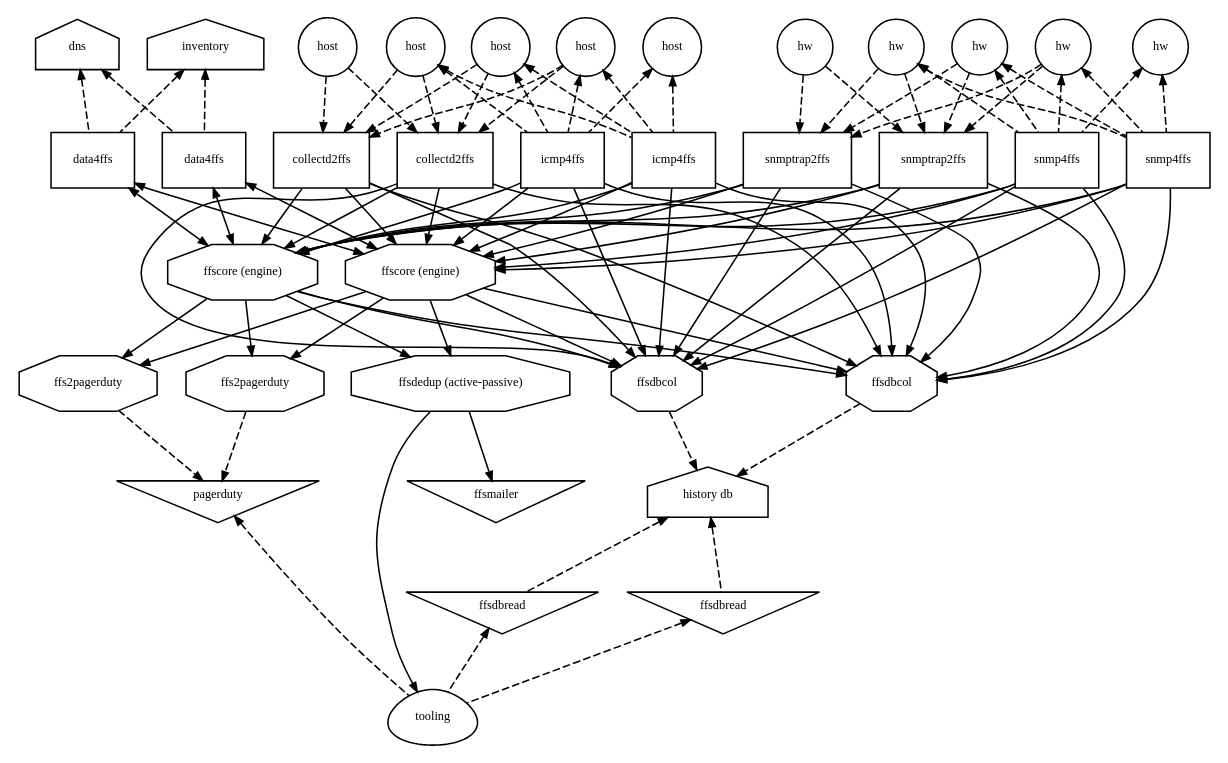
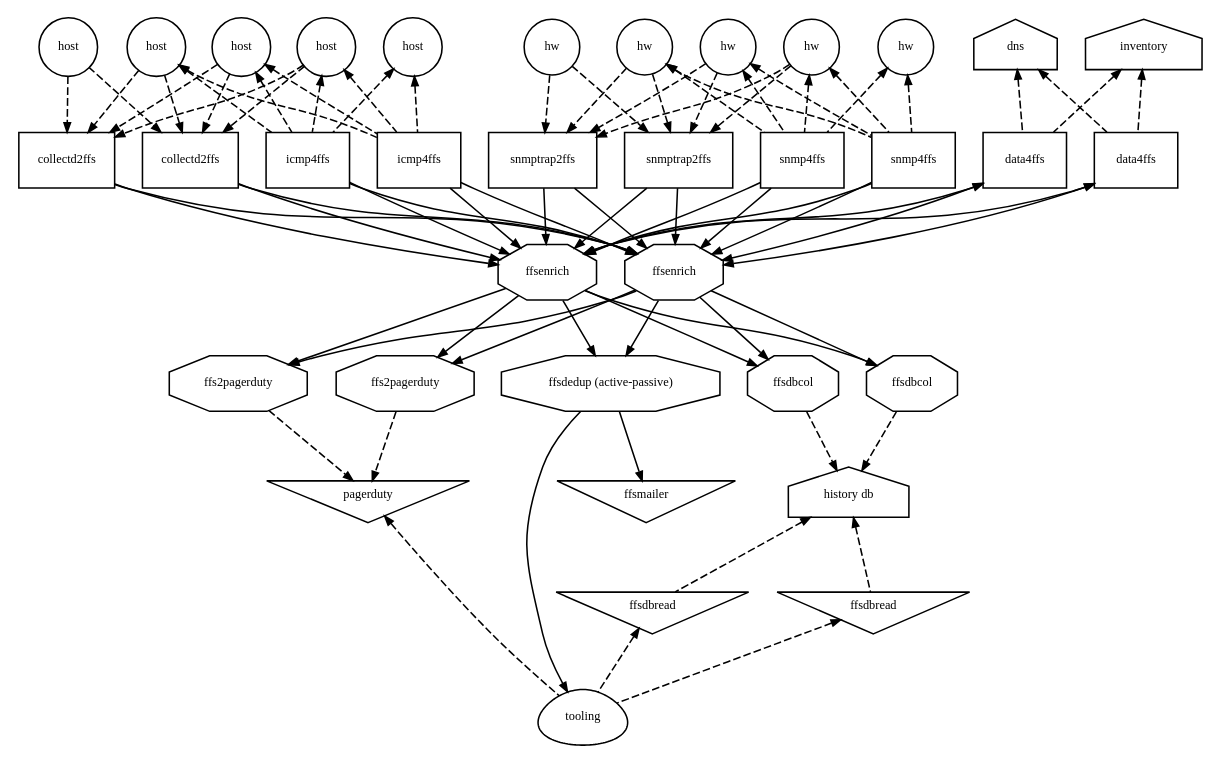
One commit to pcarrier/ffsmon changed the diagram in docs/overview.dot. Above: the diagram before and after it, drawn with Graphviz.

Commit message:
docs/overview.dot: simplified greatly

```diff
--- a/docs/overview.dot
+++ b/docs/overview.dot
@@ -1,165 +1,166 @@
 digraph G {
 	node [fontsize=8];
 	edge [arrowsize=0.6, style=dashed];
 
 	ordering=out;
 
 	node [shape=circle];
 	hw1 [label="hw"];
 	hw2 [label="hw"];
 	hw3 [label="hw"];
 	hw4 [label="hw"];
 	hw5 [label="hw"];
 	srv1 [label="host"];
 	srv2 [label="host"];
 	srv3 [label="host"];
 	srv4 [label="host"];
 	srv5 [label="host"];
 
 	node [shape=record];
 	collectd_aggr1 [label="collectd2ffs"];
 	collectd_aggr2 [label="collectd2ffs"];
 	icmp1 [label="icmp4ffs"];
 	icmp2 [label="icmp4ffs"];
 	snmpt1 [label="snmptrap2ffs"];
 	snmpt2 [label="snmptrap2ffs"];
 	snmpa1 [label="snmp4ffs"];
 	snmpa2 [label="snmp4ffs"];
 
 	node [shape=octagon];
-	cep1 [label="ffscore (engine)"];
-	cep2 [label="ffscore (engine)"];
+	cep1 [label="ffsenrich"];
+	cep2 [label="ffsenrich"];
 
 	srv1->collectd_aggr1;
 	srv1->collectd_aggr2;
 	srv2->collectd_aggr1;
 	srv2->collectd_aggr2;
 	srv3->collectd_aggr1;
 	srv3->collectd_aggr2;
 	srv4->collectd_aggr1;
 	srv4->collectd_aggr2;
 
 	hw2->snmpt1;
 	hw2->snmpt2;
 	hw3->snmpt1;
 	hw3->snmpt2;
 	hw4->snmpt1;
 	hw4->snmpt2;
 	hw5->snmpt1;
 	hw5->snmpt2;
 
 	edge [dir=back];
 	hw1->snmpa1;
 	hw1->snmpa2;
 	hw2->snmpa1;
 	hw2->snmpa2;
 	hw3->snmpa1;
 	hw3->snmpa2;
 	hw4->snmpa1;
 	hw4->snmpa2;
 
 	srv2->icmp1;
 	srv2->icmp2;
 	srv3->icmp1;
 	srv3->icmp2;
 	srv4->icmp1;
 	srv4->icmp2;
 	srv5->icmp1;
 	srv5->icmp2;
 
 	edge [style="filled", dir=forward];
 
 	collectd_aggr1->cep1;
 	collectd_aggr2->cep1;
 	collectd_aggr1->cep2;
 	collectd_aggr2->cep2;
-	collectd_aggr1->dbcol1;
-	collectd_aggr2->dbcol1;
-	collectd_aggr1->dbcol2;
-	collectd_aggr2->dbcol2;
 	icmp1->cep1;
 	icmp2->cep1;
 	icmp1->cep2;
 	icmp2->cep2;
-	icmp1->dbcol1;
-	icmp2->dbcol1;
-	icmp1->dbcol2;
-	icmp2->dbcol2;
 	snmpa1->cep1;
 	snmpa2->cep1;
 	snmpa1->cep2;
 	snmpa2->cep2;
-	snmpa1->dbcol1;
-	snmpa2->dbcol1;
-	snmpa1->dbcol2;
-	snmpa2->dbcol2;
 	snmpt1->cep1;
 	snmpt2->cep1;
 	snmpt1->cep2;
 	snmpt2->cep2;
-	snmpt1->dbcol1;
-	snmpt2->dbcol1;
-	snmpt1->dbcol2;
-	snmpt2->dbcol2;
+
+#	collectd_aggr1->dbcol1;
+#	collectd_aggr2->dbcol1;
+#	collectd_aggr1->dbcol2;
+#	collectd_aggr2->dbcol2;
+#	icmp1->dbcol1;
+#	icmp2->dbcol1;
+#	icmp1->dbcol2;
+#	icmp2->dbcol2;
+#	snmpa1->dbcol1;
+#	snmpa2->dbcol1;
+#	snmpa1->dbcol2;
+#	snmpa2->dbcol2;
+#	snmpt1->dbcol1;
+#	snmpt2->dbcol1;
+#	snmpt1->dbcol2;
+#	snmpt2->dbcol2;
 
 	cep1->ffs2pagerduty1;
 	cep1->ffs2pagerduty2;
 	cep2->ffs2pagerduty1;
 	cep2->ffs2pagerduty2;
 
 	dbcol1 [label="ffsdbcol"];
 	dbcol2 [label="ffsdbcol"];
 	dedup [label="ffsdedup (active-passive)"];
 	ffs2pagerduty1 [label="ffs2pagerduty"];
 	ffs2pagerduty2 [label="ffs2pagerduty"];
 
 	cep1->dedup;
 	cep2->dedup;
 	cep1->dbcol1;
 	cep1->dbcol2;
 	cep2->dbcol1;
 	cep2->dbcol2;
 
 	ingest1->cep1 [dir=both];
 	ingest1->cep2 [dir=both];
 	ingest2->cep1 [dir=both];
 	ingest2->cep2 [dir=both];
 
 	node [shape=house];
 	histdb [label="history db"];
 
 	dedup->various_tools;
 
 	edge [dir=back, style=dashed];
 	dns->ingest1;
 	dns->ingest2;
 	inventory->ingest1;
 	inventory->ingest2;
 	edge [dir=forward];
 
 	node [shape=invtriangle];
 	mail [label="ffsmailer"];
 	dedup->mail [style=filled];
 
 	various_tools [label="tooling", shape=egg];
 	dbread1 [label="ffsdbread"];
 	dbread2 [label="ffsdbread"];
 
 	dbcol1->histdb;
 	dbcol2->histdb;
 
 	ffs2pagerduty1->pagerduty;
 	ffs2pagerduty2->pagerduty;
 
 	ingest1 [label="data4ffs", shape=record];
 	ingest2 [label="data4ffs", shape=record];
 
 	edge [dir=back];
 	
 	histdb->dbread1;
 	histdb->dbread2;
 	dbread1->various_tools;
 	dbread2->various_tools;
 
 	pagerduty->various_tools;
 }
```
